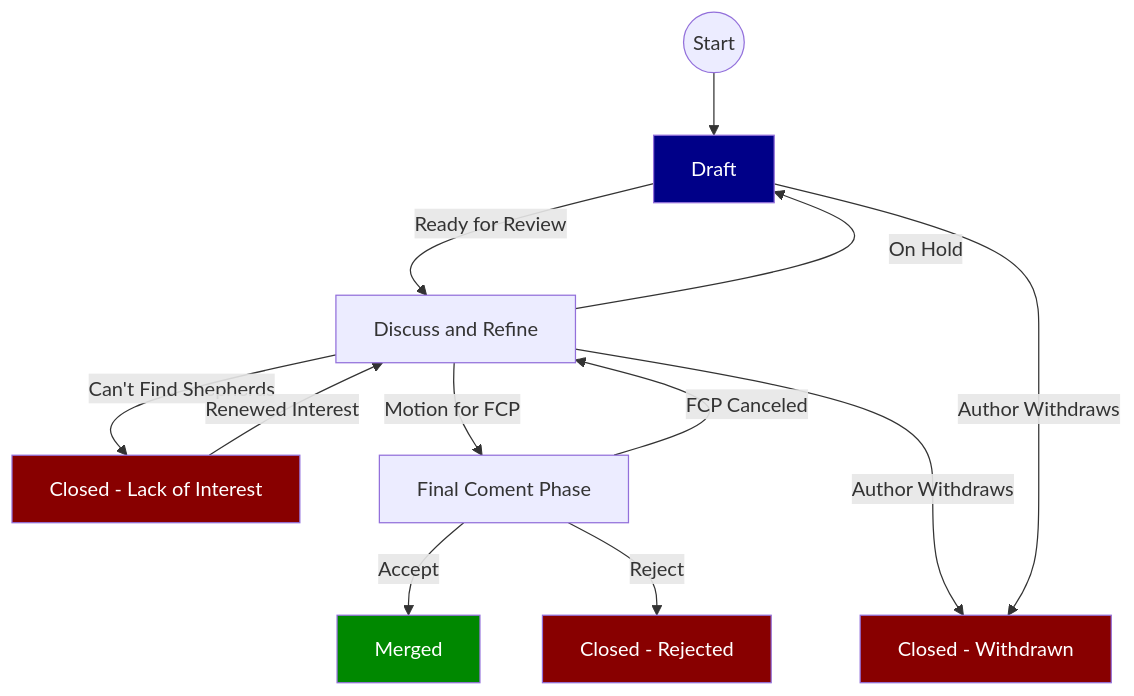
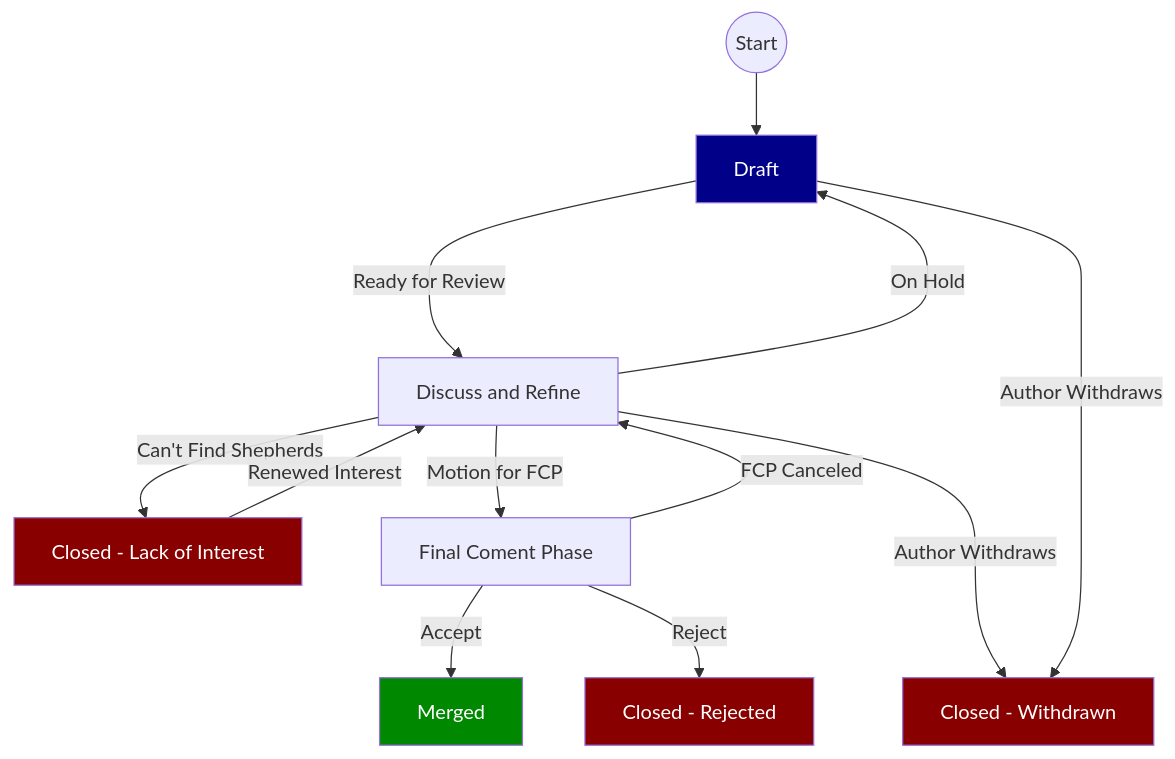
One commit to NixOS/rfcs changed the diagram in rfcs/0130-stalled-rfcs.md. Above: the diagram before and after it, drawn with Mermaid.

Commit message:
Fix diagram rendering.

````diff
--- a/rfcs/0130-stalled-rfcs.md
+++ b/rfcs/0130-stalled-rfcs.md
@@ -36,29 +36,29 @@
 ```mermaid
 graph TD
     Start((Start)) --> Draft
     Draft -->|Ready for Review| Discuss
     style Draft fill:#008,color:#FFF
 
     Discuss[Discuss and Refine]
-    Discuss --> |On Hold| Draft
+    Discuss ---> |On Hold| Draft
     Discuss --> |Can't Find Shepherds| NoShepherds
     Discuss --> |Motion for FCP| FCP
 
     NoShepherds[Closed - Lack of Interest]:::closed
     NoShepherds --> |Renewed Interest| Discuss
 
     FCP[Final Coment Phase]
     FCP --> |FCP Canceled| Discuss
     FCP --> |Accept| Merged
     FCP --> |Reject| Rejected
     
     Merged
     style Merged fill:#080,color:#FFF
     
     Rejected[Closed - Rejected]:::closed
 
     Withdrawn[Closed - Withdrawn]:::closed
     Discuss & Draft --->|Author Withdraws| Withdrawn
 
     classDef closed fill:#800,color:#FFF
 ```
````
